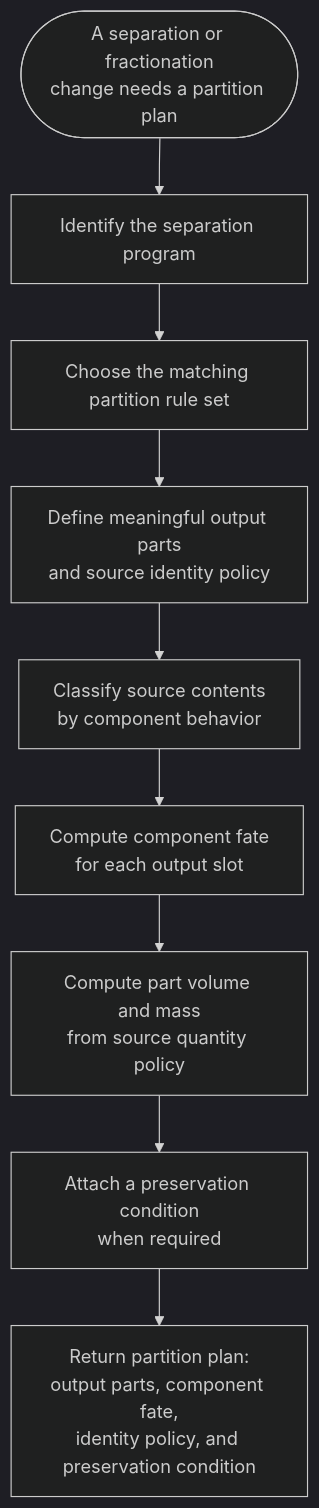
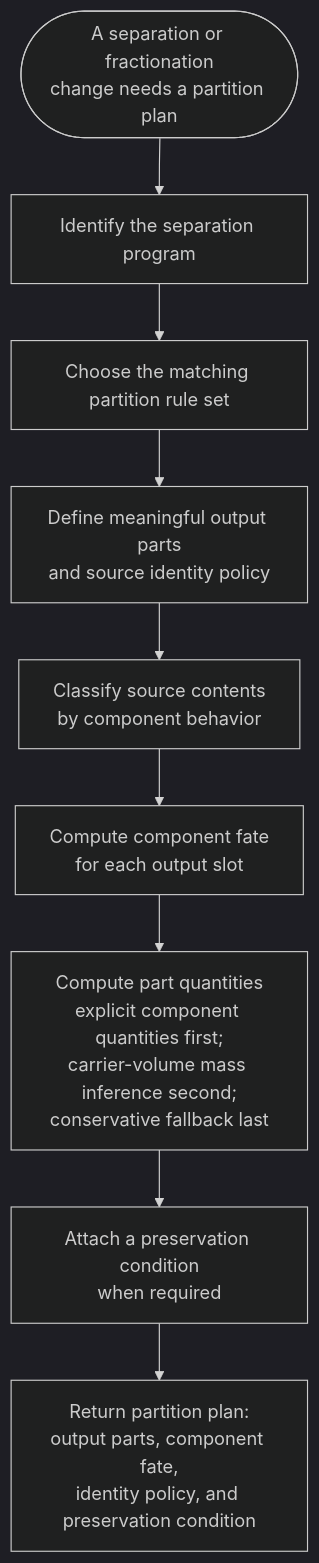
The third of 8 diagrams in docs/architecture/material_compute_module_diagrams.md (culsma/culsma), drawn with Mermaid (dark theme) before and after one commit. The commit also changed other lines of this file and 27 other files, not shown here.

````diff
--- a/docs/architecture/material_compute_module_diagrams.md
+++ b/docs/architecture/material_compute_module_diagrams.md
@@ -165,21 +165,21 @@
 ```mermaid
 flowchart TB
     Start(["A separation or fractionation<br/>change needs a partition plan"])
     Program["Identify the separation program"]
     Strategy["Choose the matching partition rule set"]
     Slots["Define meaningful output parts<br/>and source identity policy"]
     Classify["Classify source contents<br/>by component behavior"]
     Fate["Compute component fate<br/>for each output slot"]
-    Quantities["Compute part volume and mass<br/>from source quantity policy"]
+    Quantities["Compute part quantities<br/>explicit component quantities first;<br/>carrier-volume mass inference second;<br/>conservative fallback last"]
     Preservation["Attach a preservation condition<br/>when required"]
     Plan["Return partition plan:<br/>output parts, component fate,<br/>identity policy, and preservation condition"]
 
     Start --> Program
     Program --> Strategy
     Strategy --> Slots
     Slots --> Classify
     Classify --> Fate
     Fate --> Quantities
     Quantities --> Preservation
     Preservation --> Plan
 ```
````
